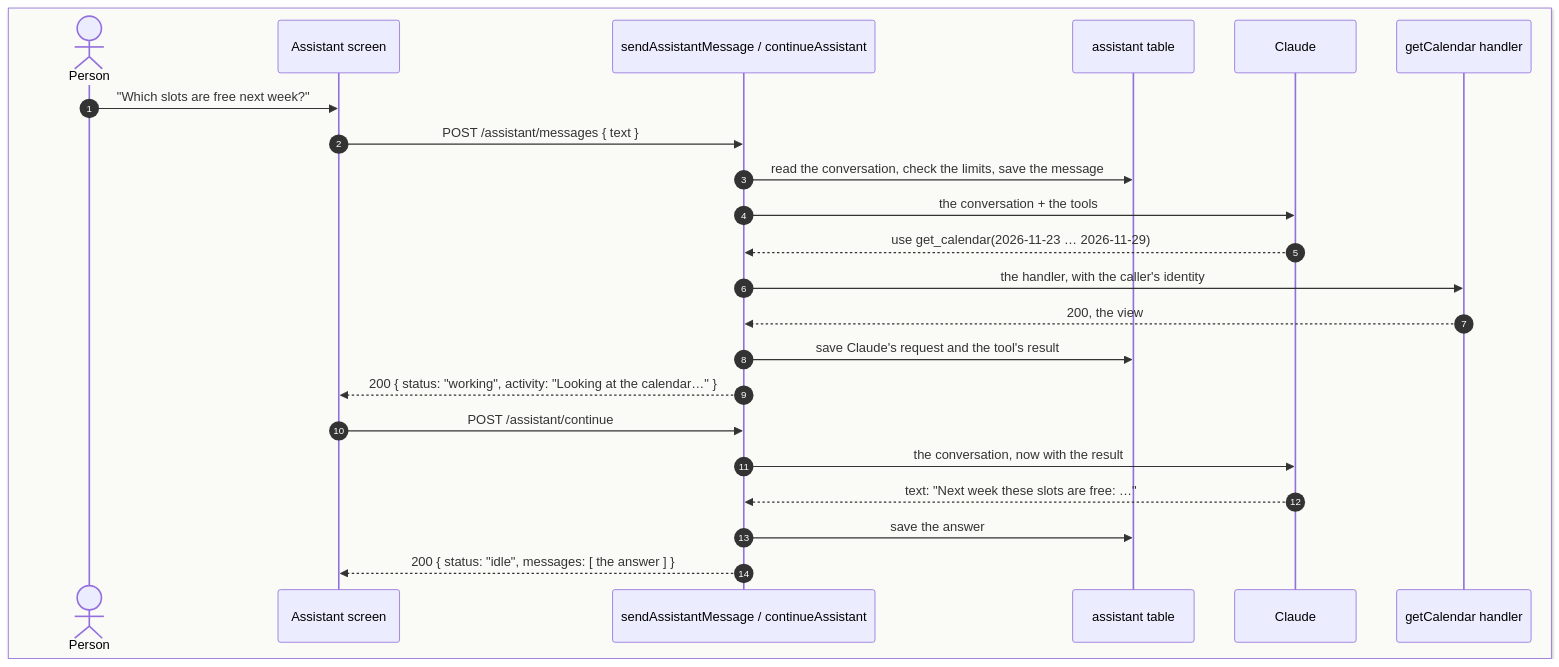
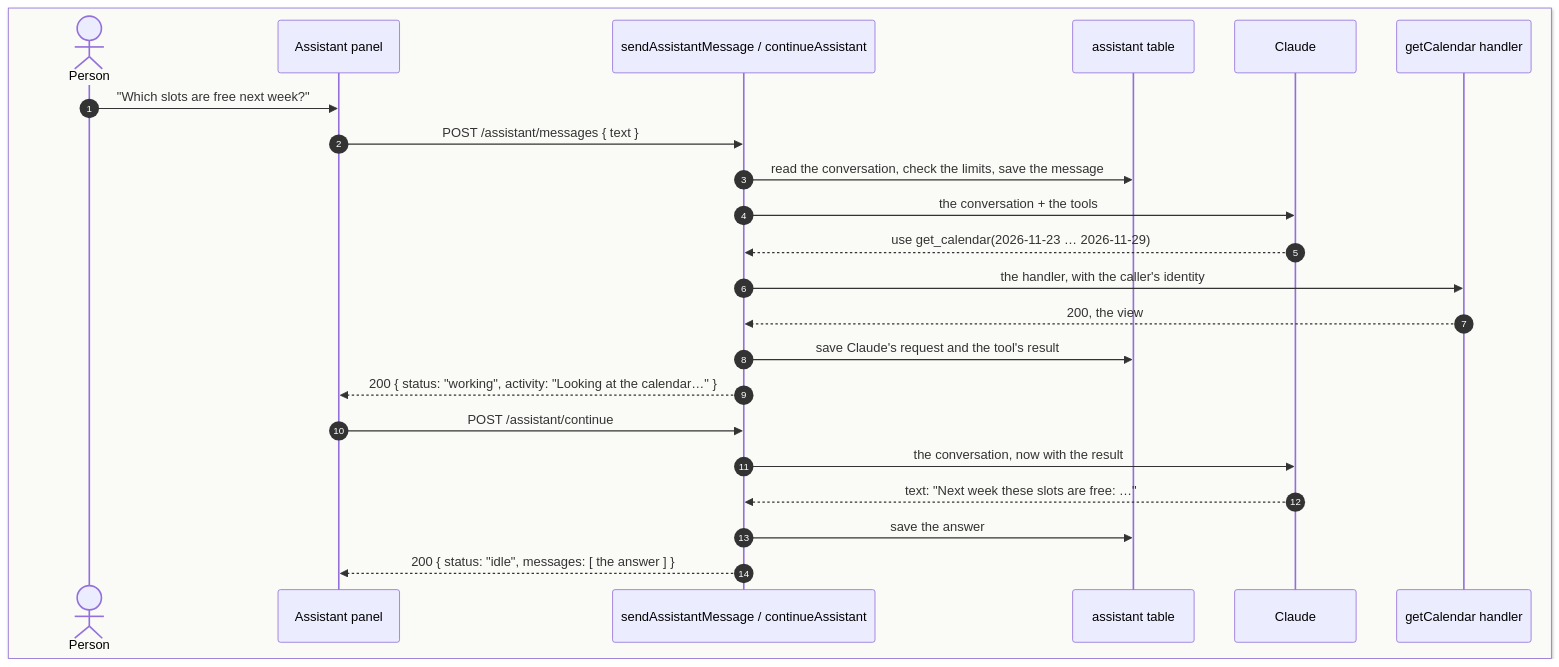
The third of 5 diagrams in docs/CONVERSATIONAL_ARCHITECTURE.md (EnricoPicci/shared-calendar), drawn with Mermaid before and after one commit. The commit also changed other lines of this file and 18 other files, not shown here.

````diff
--- a/docs/CONVERSATIONAL_ARCHITECTURE.md
+++ b/docs/CONVERSATIONAL_ARCHITECTURE.md
@@ -327,28 +328,28 @@
 ```mermaid
 %%{init: {'theme': 'default'}}%%
 sequenceDiagram
     autonumber
     box rgb(250, 250, 247)
         actor P as Person
-        participant V as Assistant screen
+        participant V as Assistant panel
         participant F as sendAssistantMessage / continueAssistant
         participant D as assistant table
         participant C as Claude
         participant H as getCalendar handler
     end
 
     P->>V: "Which slots are free next week?"
     V->>F: POST /assistant/messages { text }
     F->>D: read the conversation, check the limits, save the message
     F->>C: the conversation + the tools
     C-->>F: use get_calendar(2026-11-23 … 2026-11-29)
     F->>H: the handler, with the caller's identity
     H-->>F: 200, the view
     F->>D: save Claude's request and the tool's result
     F-->>V: 200 { status: "working", activity: "Looking at the calendar…" }
     V->>F: POST /assistant/continue
     F->>C: the conversation, now with the result
     C-->>F: text: "Next week these slots are free: …"
     F->>D: save the answer
     F-->>V: 200 { status: "idle", messages: [ the answer ] }
 ```
````
